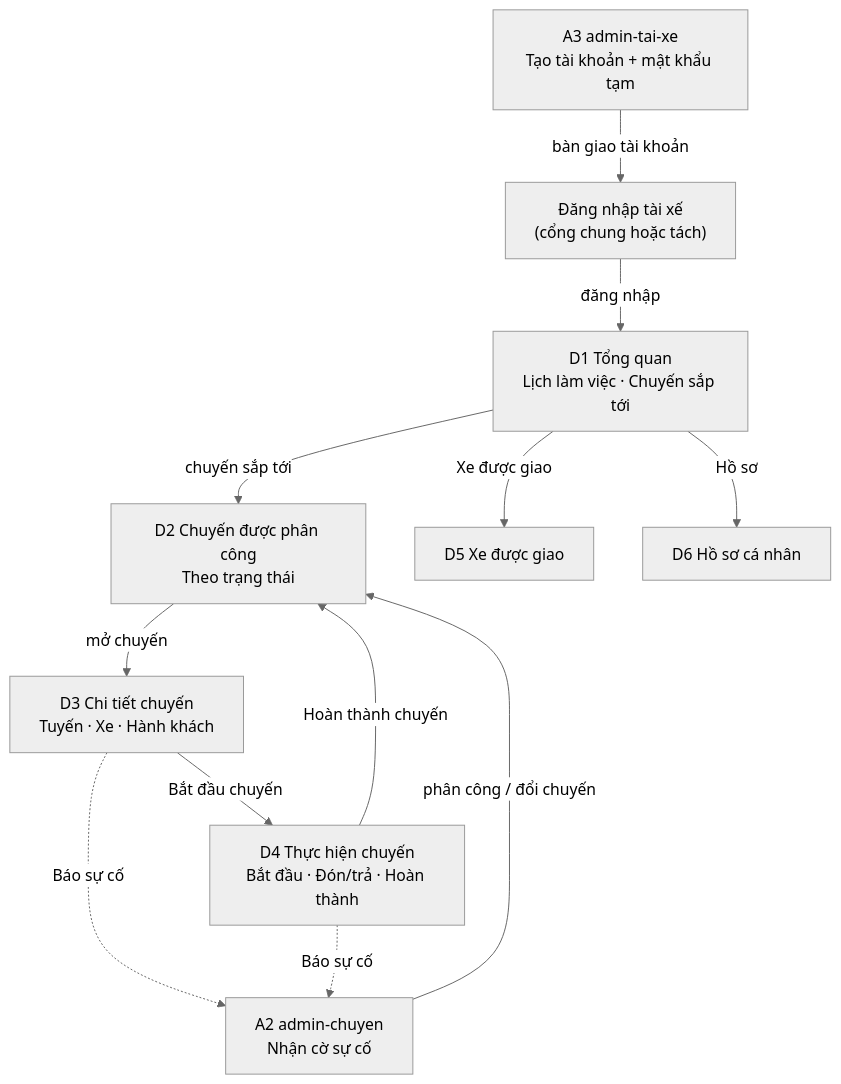
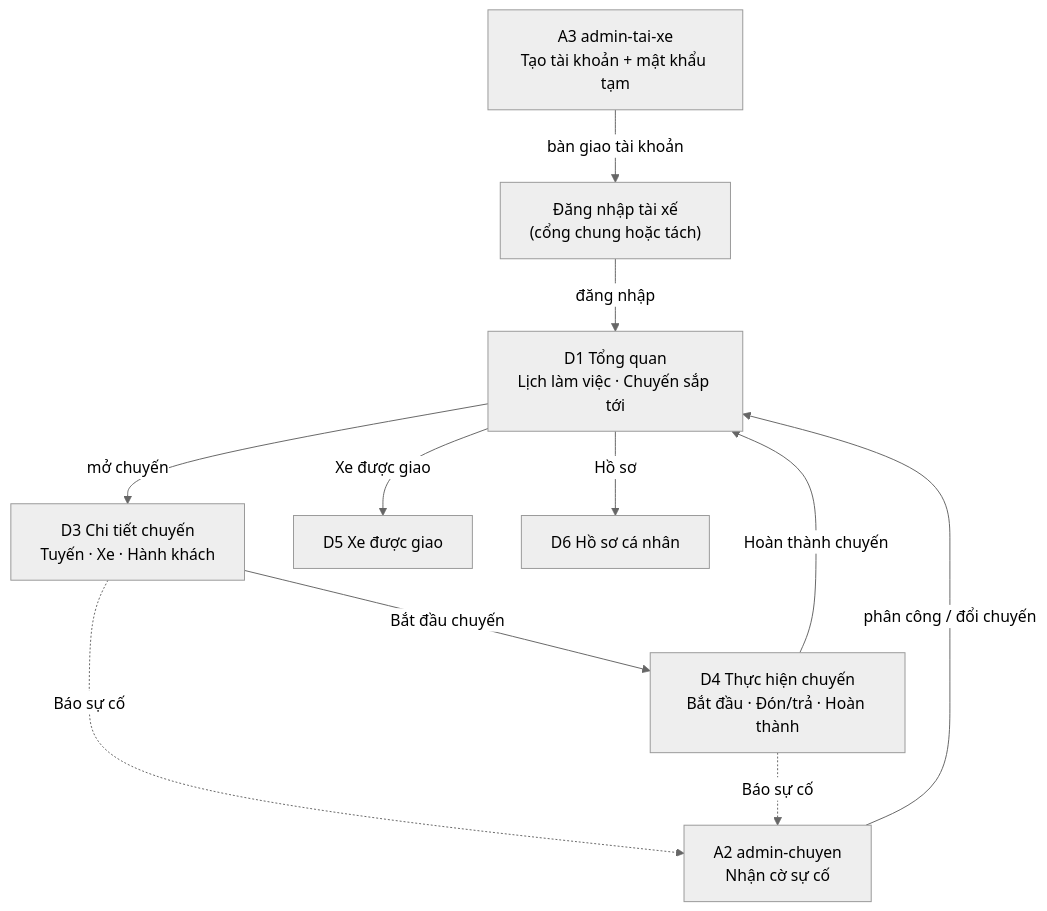
The diagram in .agents/plans/02-tai-xe.md (helloworld-cmyk/design), drawn with Mermaid (neutral theme) before and after one commit. The commit also changed other lines of this file and 104 other files, not shown here.

````diff
--- a/.agents/plans/02-tai-xe.md
+++ b/.agents/plans/02-tai-xe.md
@@ -52,23 +53,21 @@
 ```mermaid
 flowchart TD
     A3["A3 admin-tai-xe<br/>Tạo tài khoản + mật khẩu tạm"]
     LOGIN["Đăng nhập tài xế<br/>(cổng chung hoặc tách)"]
     D1["D1 Tổng quan<br/>Lịch làm việc · Chuyến sắp tới"]
-    D2["D2 Chuyến được phân công<br/>Theo trạng thái"]
     D3["D3 Chi tiết chuyến<br/>Tuyến · Xe · Hành khách"]
     D4["D4 Thực hiện chuyến<br/>Bắt đầu · Đón/trả · Hoàn thành"]
     D5["D5 Xe được giao"]
     D6["D6 Hồ sơ cá nhân"]
 
     A3 -- "bàn giao tài khoản" --> LOGIN
     LOGIN -- "đăng nhập" --> D1
-    D1 -- "chuyến sắp tới" --> D2
-    D2 -- "mở chuyến" --> D3
+    D1 -- "mở chuyến" --> D3
     D3 -- "Bắt đầu chuyến" --> D4
-    D4 -- "Hoàn thành chuyến" --> D2
+    D4 -- "Hoàn thành chuyến" --> D1
     D1 -- "Xe được giao" --> D5
     D1 -- "Hồ sơ" --> D6
     D3 -. "Báo sự cố" .-> A2["A2 admin-chuyen<br/>Nhận cờ sự cố"]
     D4 -. "Báo sự cố" .-> A2
-    A2 -- "phân công / đổi chuyến" --> D2
+    A2 -- "phân công / đổi chuyến" --> D1
 ```
````
